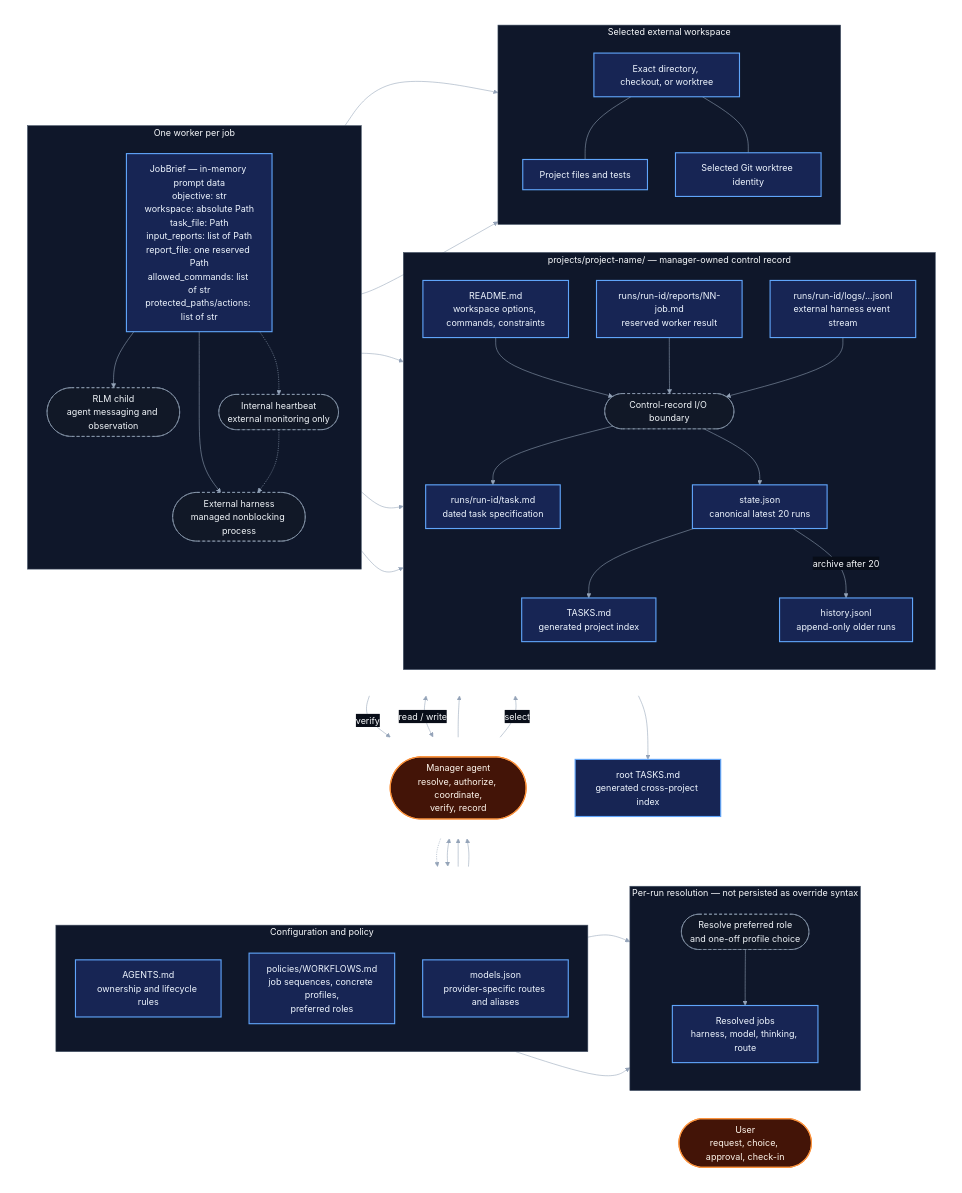
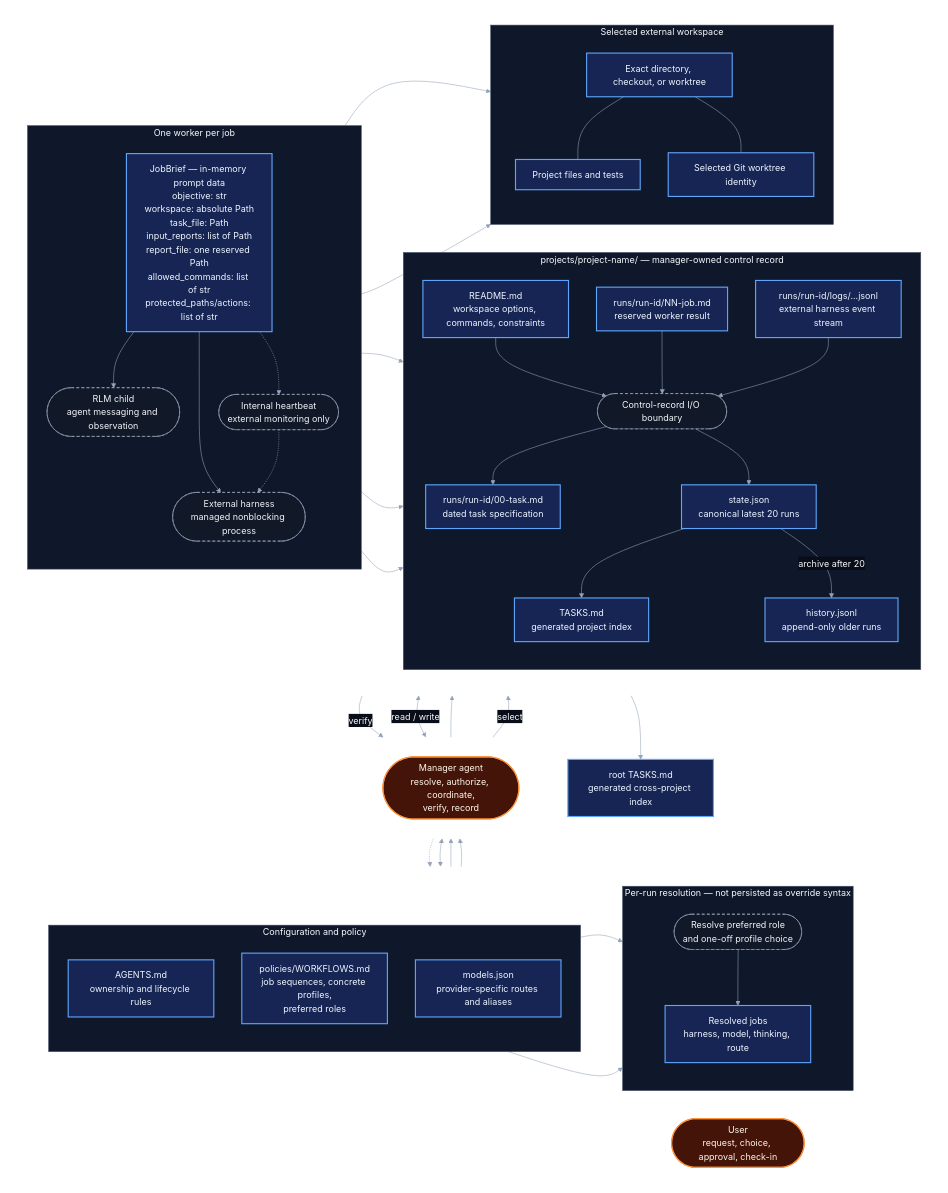
The first of 3 diagrams in docs/ARCHITECTURE.md (danielbush/pi-worker-agent), drawn with Mermaid before and after one commit. The commit also changed other lines of this file and 5 other files, not shown here.

```diff
--- a/docs/ARCHITECTURE.md
+++ b/docs/ARCHITECTURE.md
@@ -44,8 +44,8 @@
             CR(["Control-record I/O boundary"])
             PC["README.md<br/>workspace options, commands, constraints"]
             ST["state.json<br/>canonical latest 20 runs"]
-            T["runs/run-id/task.md<br/>dated task specification"]
-            RP["runs/run-id/reports/NN-job.md<br/>reserved worker result"]
+            T["runs/run-id/00-task.md<br/>dated task specification"]
+            RP["runs/run-id/NN-job.md<br/>reserved worker result"]
             LG["runs/run-id/logs/...jsonl<br/>external harness event stream"]
             TL["TASKS.md<br/>generated project index"]
             HI["history.jsonl<br/>append-only older runs"]
```
